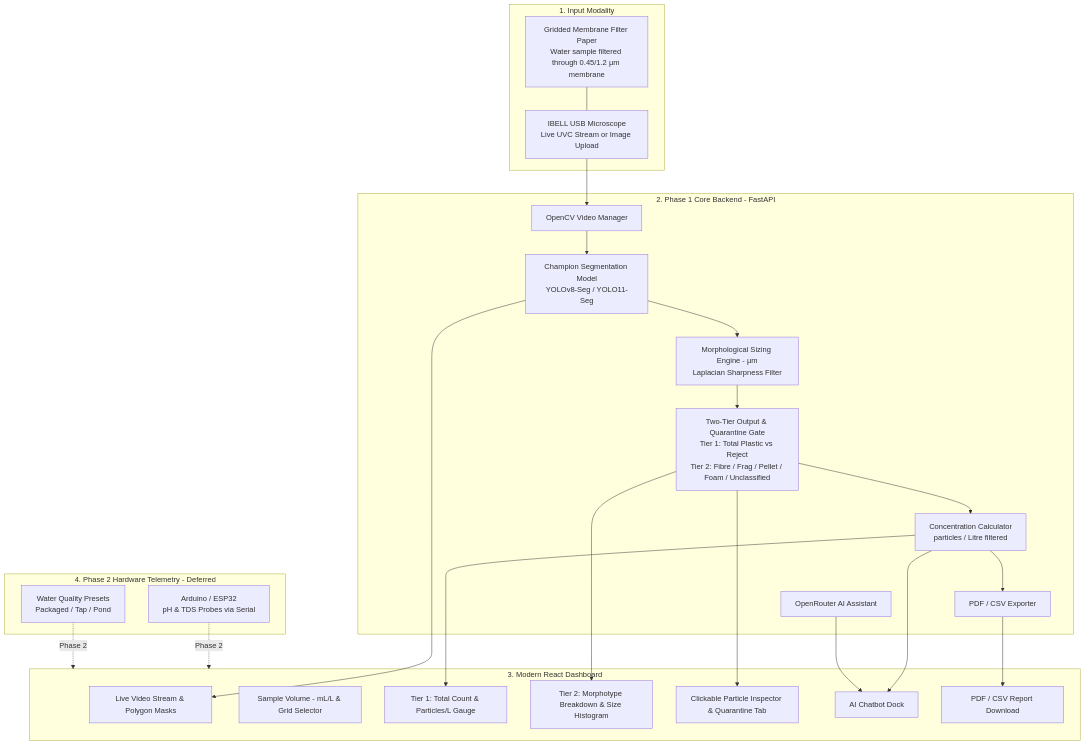
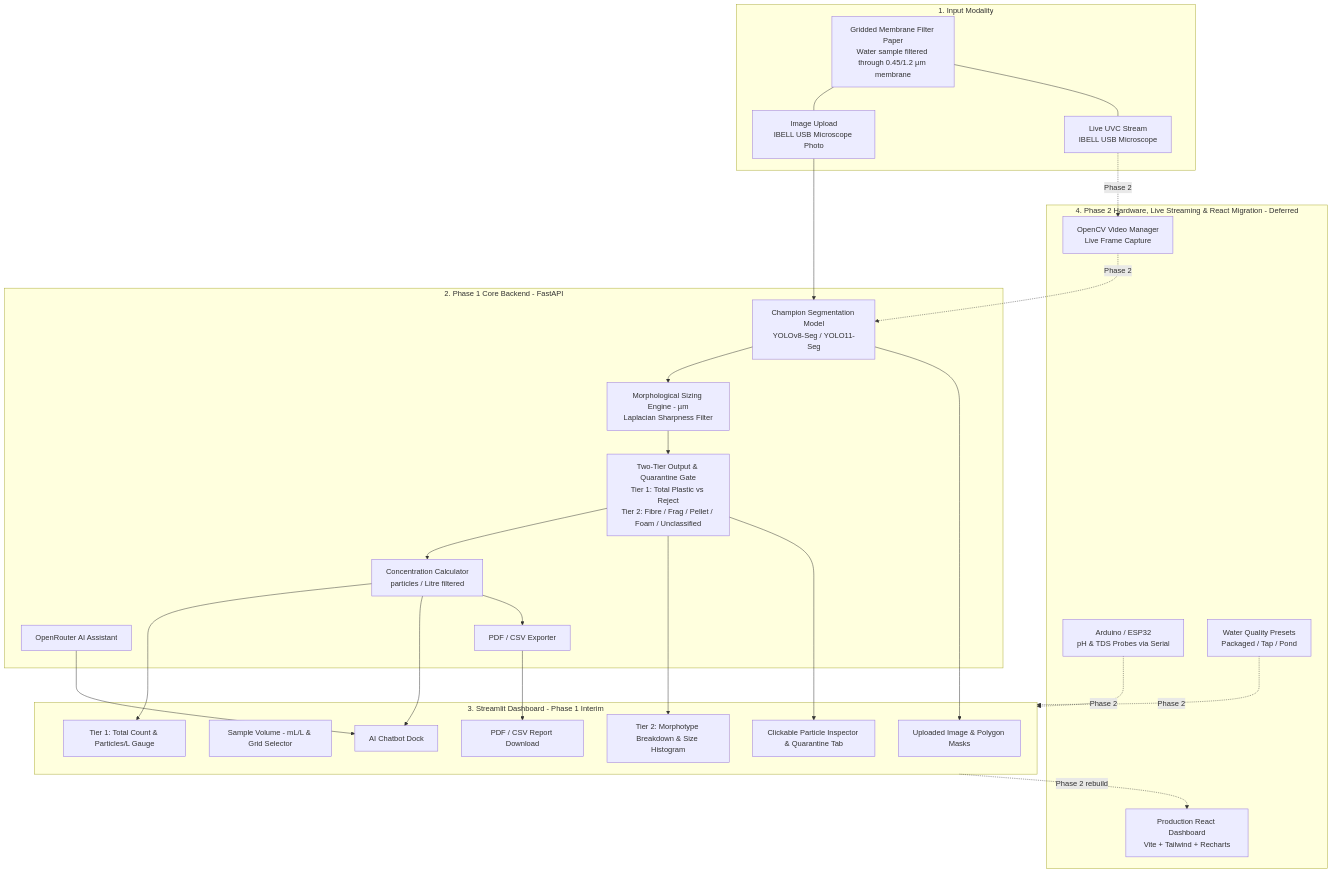
Before and after one commit to Riwan000/water-microplasts: the diagram in docs/revised-microplastic-detector-plan.md, drawn with Mermaid. The commit also changed other lines of this file and 54 other files, not shown here.

````diff
--- a/docs/revised-microplastic-detector-plan.md
+++ b/docs/revised-microplastic-detector-plan.md
@@ -46,43 +48,49 @@
 ```mermaid
 flowchart TD
     subgraph INPUT["1. Input Modality"]
         FILT["Gridded Membrane Filter Paper<br/>Water sample filtered through 0.45/1.2 µm membrane"]
-        CAM["IBELL USB Microscope<br/>Live UVC Stream or Image Upload"]
-        FILT --- CAM
+        UPLOAD["Image Upload<br/>IBELL USB Microscope Photo"]
+        LIVE["Live UVC Stream<br/>IBELL USB Microscope"]
+        FILT --- UPLOAD
+        FILT --- LIVE
     end
 
     subgraph PHASE1["2. Phase 1 Core Backend - FastAPI"]
-        CAPTURE["OpenCV Video Manager"]
         YOLO["Champion Segmentation Model<br/>YOLOv8-Seg / YOLO11-Seg"]
         SIZER["Morphological Sizing Engine - µm<br/>Laplacian Sharpness Filter"]
         TIER["Two-Tier Output & Quarantine Gate<br/>Tier 1: Total Plastic vs Reject<br/>Tier 2: Fibre / Frag / Pellet / Foam / Unclassified"]
         CONC["Concentration Calculator<br/>particles / Litre filtered"]
         LLM["OpenRouter AI Assistant"]
         EXPORTER["PDF / CSV Exporter"]
     end
 
-    subgraph FRONTEND["3. Modern React Dashboard"]
-        UI_FEED["Live Video Stream & Polygon Masks"]
+    subgraph FRONTEND["3. Streamlit Dashboard - Phase 1 Interim"]
+        UI_FEED["Uploaded Image & Polygon Masks"]
         UI_INPUTS["Sample Volume - mL/L & Grid Selector"]
         UI_METRICS["Tier 1: Total Count & Particles/L Gauge"]
         UI_CHARTS["Tier 2: Morphotype Breakdown & Size Histogram"]
         UI_INSPECT["Clickable Particle Inspector & Quarantine Tab"]
         UI_CHAT["AI Chatbot Dock"]
         UI_EXPORT["PDF / CSV Report Download"]
     end
 
-    subgraph PHASE2["4. Phase 2 Hardware Telemetry - Deferred"]
+    subgraph PHASE2["4. Phase 2 Hardware, Live Streaming & React Migration - Deferred"]
+        CAPTURE["OpenCV Video Manager<br/>Live Frame Capture"]
         MCU["Arduino / ESP32<br/>pH & TDS Probes via Serial"]
         PRESETS["Water Quality Presets<br/>Packaged / Tap / Pond"]
+        REACT["Production React Dashboard<br/>Vite + Tailwind + Recharts"]
     end
 
-    CAM --> CAPTURE --> YOLO --> SIZER --> TIER --> CONC --> UI_METRICS
+    UPLOAD --> YOLO --> SIZER --> TIER --> CONC --> UI_METRICS
     TIER --> UI_CHARTS
     TIER --> UI_INSPECT
     YOLO --> UI_FEED
     CONC --> UI_CHAT
     LLM --> UI_CHAT
     CONC --> EXPORTER --> UI_EXPORT
+    LIVE -. "Phase 2" .-> CAPTURE
+    CAPTURE -. "Phase 2" .-> YOLO
     MCU -. "Phase 2" .-> FRONTEND
     PRESETS -. "Phase 2" .-> FRONTEND
+    FRONTEND -. "Phase 2 rebuild" .-> REACT
 ```
````
